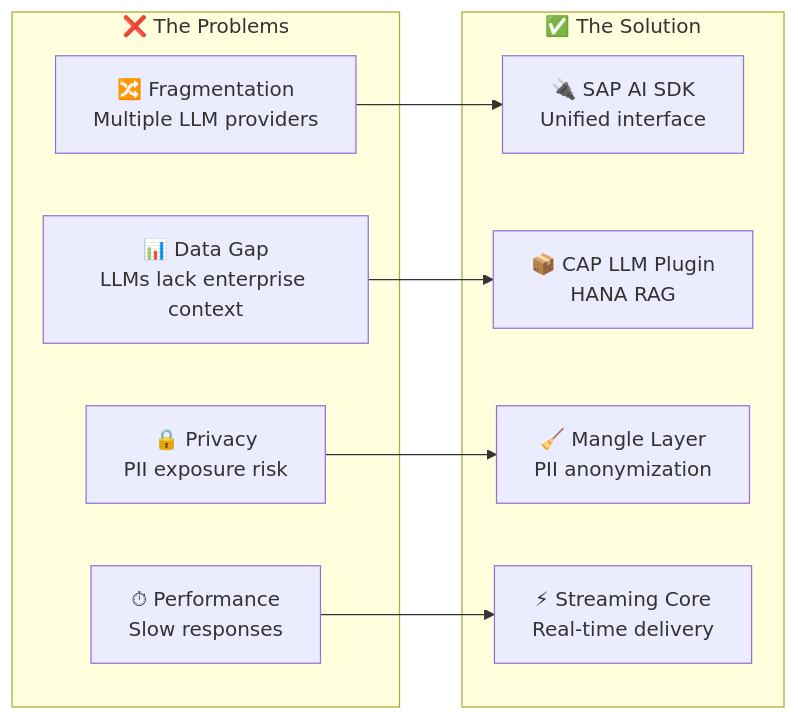
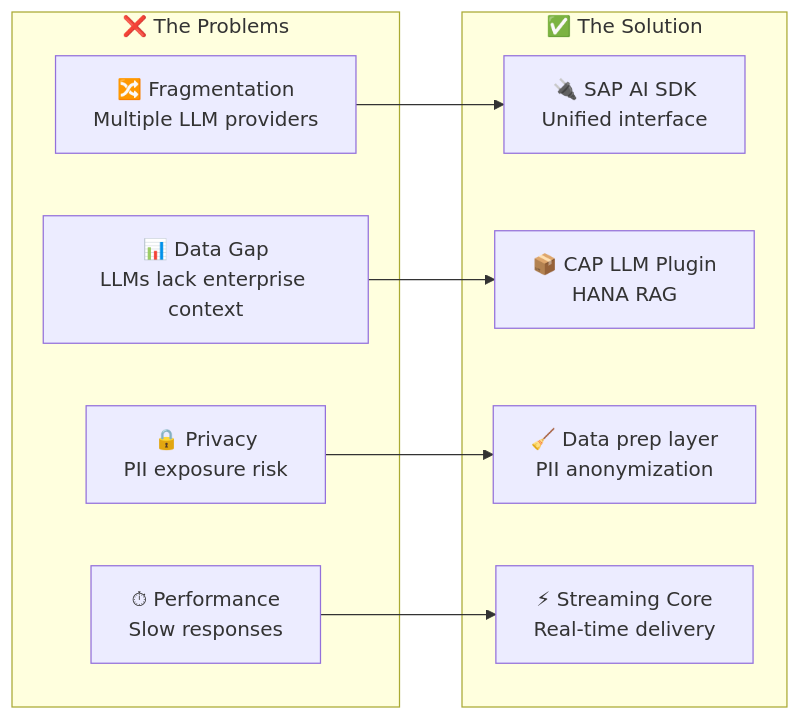
The second of 2 diagrams in docs/business-briefs/README.md (GJKarthik/sap-oss-v1), drawn with Mermaid before and after one commit. The commit also changed other lines of this file and 2548 other files, not shown here.

````diff
--- a/docs/business-briefs/README.md
+++ b/docs/business-briefs/README.md
@@ -59,21 +59,21 @@
 ```mermaid
 flowchart LR
     subgraph Problems["❌ The Problems"]
         P1["🔀 Fragmentation<br/>Multiple LLM providers"]
         P2["📊 Data Gap<br/>LLMs lack enterprise context"]
         P3["🔒 Privacy<br/>PII exposure risk"]
         P4["⏱ Performance<br/>Slow responses"]
     end
     
     subgraph Solution["✅ The Solution"]
         S1["🔌 SAP AI SDK<br/>Unified interface"]
         S2["📦 CAP LLM Plugin<br/>HANA RAG"]
-        S3["🧹 Mangle Layer<br/>PII anonymization"]
+        S3["🧹 Data prep layer<br/>PII anonymization"]
         S4["⚡ Streaming Core<br/>Real-time delivery"]
     end
     
     P1 --> S1
     P2 --> S2
     P3 --> S3
     P4 --> S4
 ```
````
